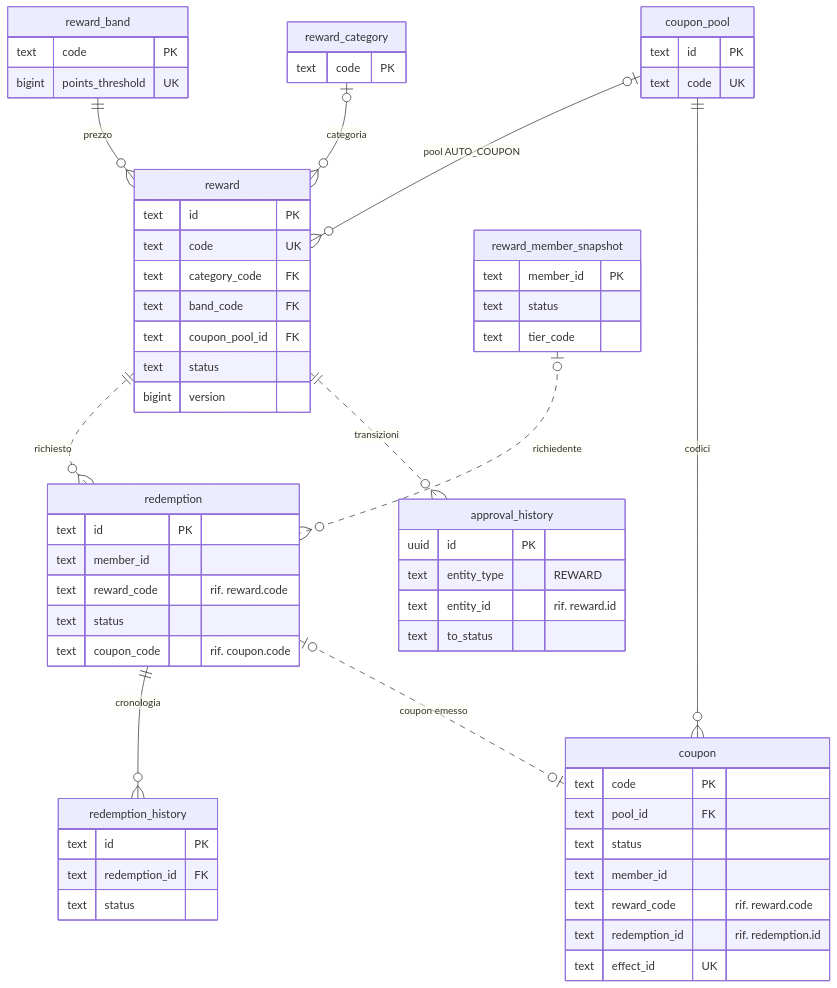
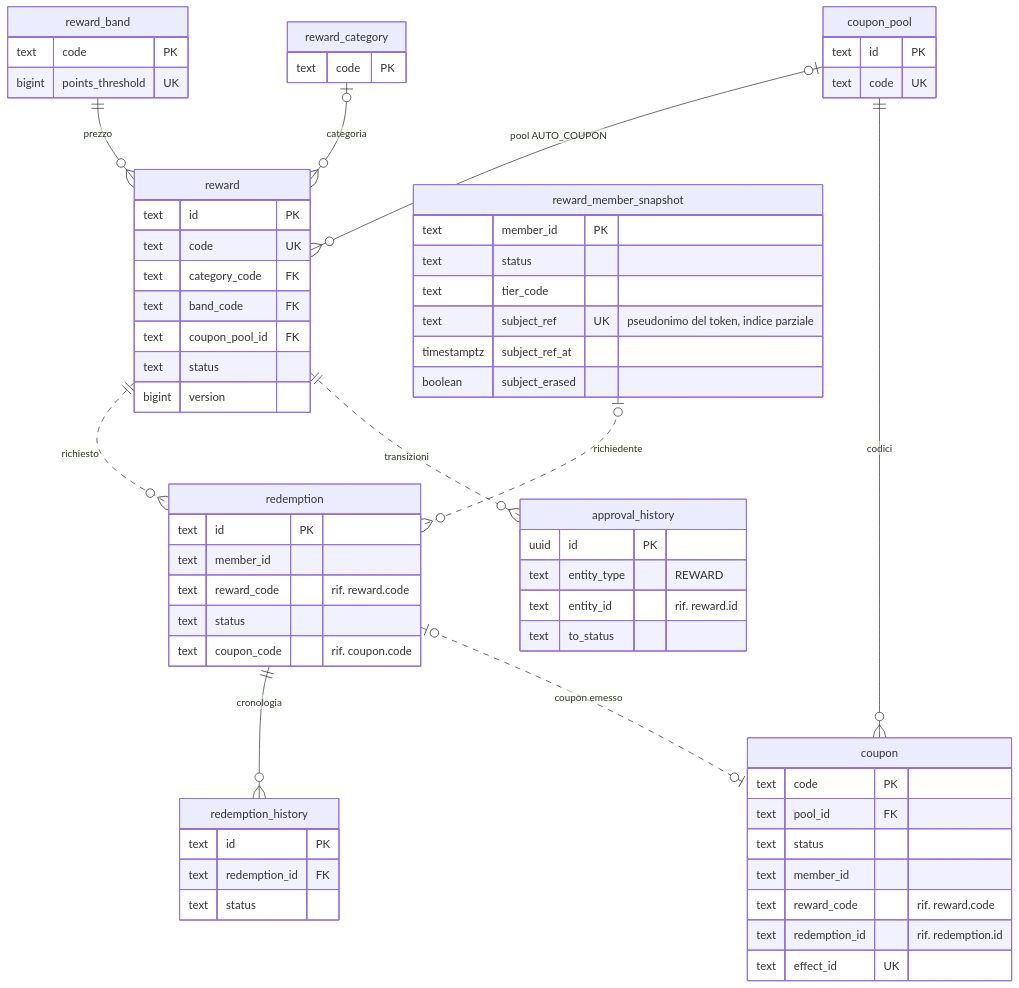
The first of 2 diagrams in docs/servizi/reward-service.md (peppe-ruv/Loyalty_Sys), drawn with Mermaid before and after one commit. The commit also changed other lines of this file and 24 other files, not shown here.

First line of the commit message:
feat(reward): proiezione subjectRef→membro e API del portale dal MemberPrincipal [F2-SEC-09, ADR-048, Q-410, Q-550, Q-553] (#157)

````diff
--- a/docs/servizi/reward-service.md
+++ b/docs/servizi/reward-service.md
@@ -23,66 +23,69 @@
 ```mermaid
 erDiagram
   accTitle: Tabelle dello schema reward
   accDescr: Il premio appartiene a una fascia, a una categoria facoltativa e a un pool di coupon facoltativo; il pool contiene i coupon; la richiesta premio cita il premio, ha la sua cronologia e può avere un coupon; lo snapshot del membro decide la visibilità.
   reward_category {
     text code PK
   }
   reward_band {
     text code PK
     bigint points_threshold UK
   }
   reward {
     text id PK
     text code UK
     text category_code FK
     text band_code FK
     text coupon_pool_id FK
     text status
     bigint version
   }
   coupon_pool {
     text id PK
     text code UK
   }
   coupon {
     text code PK
     text pool_id FK
     text status
     text member_id
     text reward_code "rif. reward.code"
     text redemption_id "rif. redemption.id"
     text effect_id UK
   }
   redemption {
     text id PK
     text member_id
     text reward_code "rif. reward.code"
     text status
     text coupon_code "rif. coupon.code"
   }
   redemption_history {
     text id PK
     text redemption_id FK
     text status
   }
   approval_history {
     uuid id PK
     text entity_type "REWARD"
     text entity_id "rif. reward.id"
     text to_status
   }
   reward_member_snapshot {
     text member_id PK
     text status
     text tier_code
+    text subject_ref UK "pseudonimo del token, indice parziale"
+    timestamptz subject_ref_at
+    boolean subject_erased
   }
   reward_band ||--o{ reward : "prezzo"
   reward_category |o--o{ reward : "categoria"
   coupon_pool |o--o{ reward : "pool AUTO_COUPON"
   coupon_pool ||--o{ coupon : "codici"
   reward ||..o{ redemption : "richiesto"
   reward ||..o{ approval_history : "transizioni"
   redemption ||--o{ redemption_history : "cronologia"
   redemption |o..o| coupon : "coupon emesso"
   reward_member_snapshot |o..o{ redemption : "richiedente"
 ```
````
